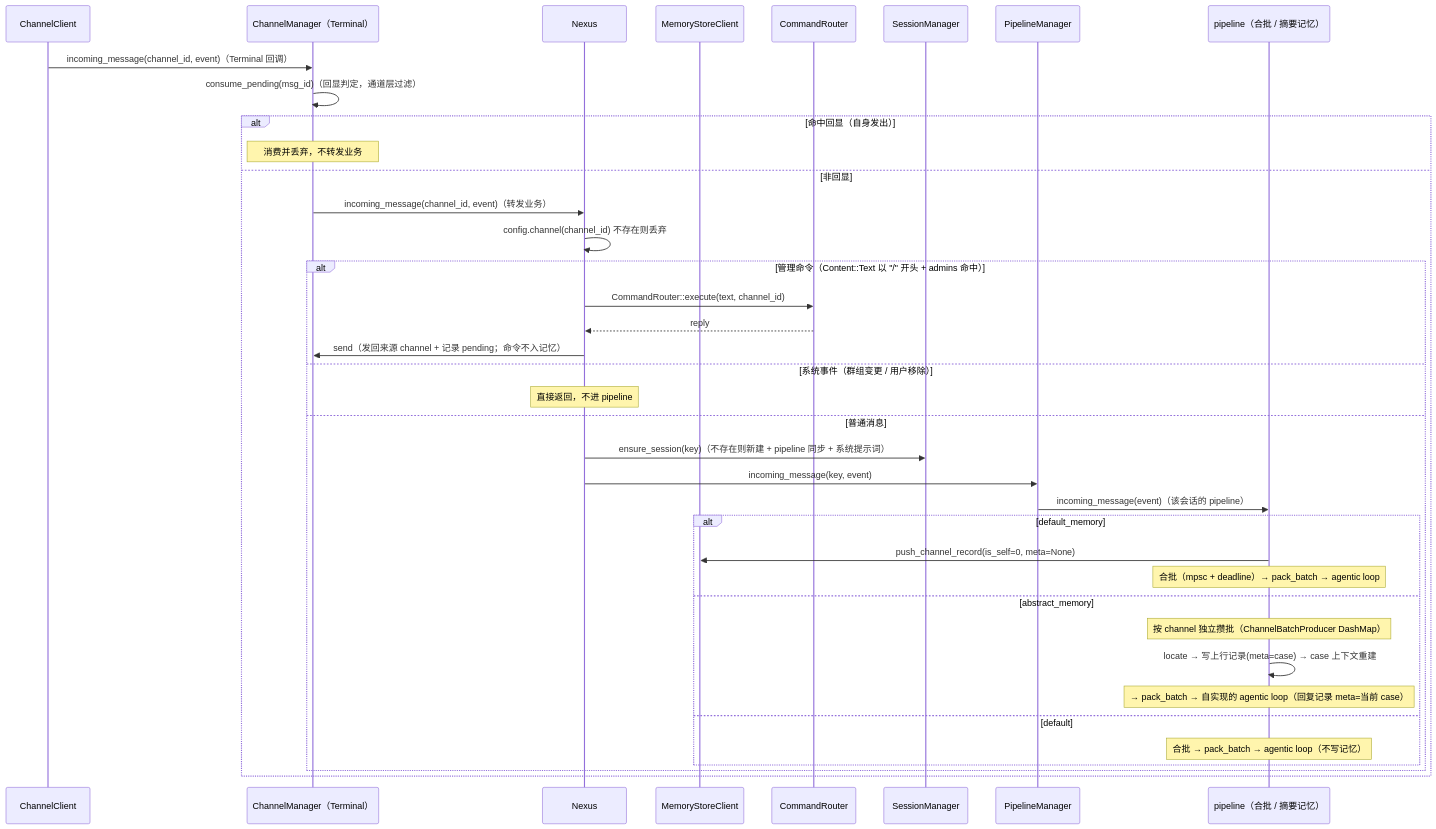
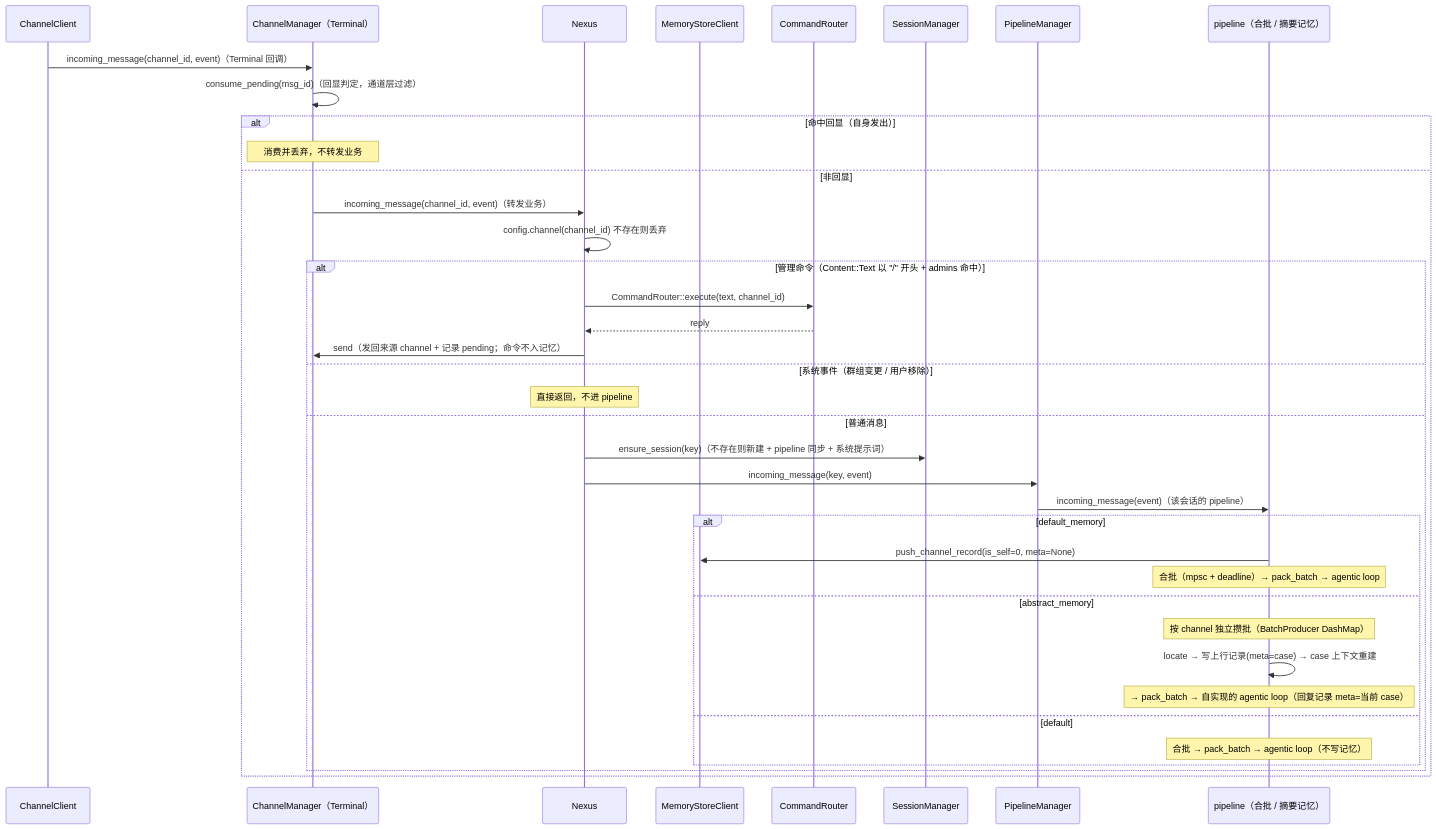
The third of 5 diagrams in docs/spec/agent-modules.md (coldcloude/kissbot), drawn with Mermaid before and after one commit. The commit also changed other lines of this file and 3 other files, not shown here.

First line of the commit message:
去掉 ChannelBatchProducer，摘要记忆 pipeline 直接按 channel 持有 BatchProducer

````diff
--- a/docs/spec/agent-modules.md
+++ b/docs/spec/agent-modules.md
@@ -140,41 +140,41 @@
 ```mermaid
 sequenceDiagram
     participant CC as ChannelClient
     participant CHM as ChannelManager（Terminal）
     participant CO as Nexus
     participant MSC as MemoryStoreClient
     participant CRT as CommandRouter
     participant SM as SessionManager
     participant PLS as PipelineManager
     participant IP as pipeline（合批 / 摘要记忆）
 
     CC->>CHM: incoming_message(channel_id, event)（Terminal 回调）
     CHM->>CHM: consume_pending(msg_id)（回显判定，通道层过滤）
     alt 命中回显（自身发出）
         Note over CHM: 消费并丢弃，不转发业务
     else 非回显
         CHM->>CO: incoming_message(channel_id, event)（转发业务）
         CO->>CO: config.channel(channel_id) 不存在则丢弃
         alt 管理命令（Content::Text 以 "/" 开头 + admins 命中）
             CO->>CRT: CommandRouter::execute(text, channel_id)
             CRT-->>CO: reply
             CO->>CHM: send（发回来源 channel + 记录 pending；命令不入记忆）
         else 系统事件（群组变更 / 用户移除）
             Note over CO: 直接返回，不进 pipeline
         else 普通消息
             CO->>SM: ensure_session(key)（不存在则新建 + pipeline 同步 + 系统提示词）
             CO->>PLS: incoming_message(key, event)
             PLS->>IP: incoming_message(event)（该会话的 pipeline）
             alt default_memory
                 IP->>MSC: push_channel_record(is_self=0, meta=None)
                 Note over IP: 合批（mpsc + deadline）→ pack_batch → agentic loop
             else abstract_memory
-                Note over IP: 按 channel 独立攒批（ChannelBatchProducer DashMap）
+                Note over IP: 按 channel 独立攒批（BatchProducer DashMap）
                 IP->>IP: locate → 写上行记录(meta=case) → case 上下文重建
                 Note over IP: → pack_batch → 自实现的 agentic loop（回复记录 meta=当前 case）
             else default
                 Note over IP: 合批 → pack_batch → agentic loop（不写记忆）
             end
         end
     end
 ```
````
